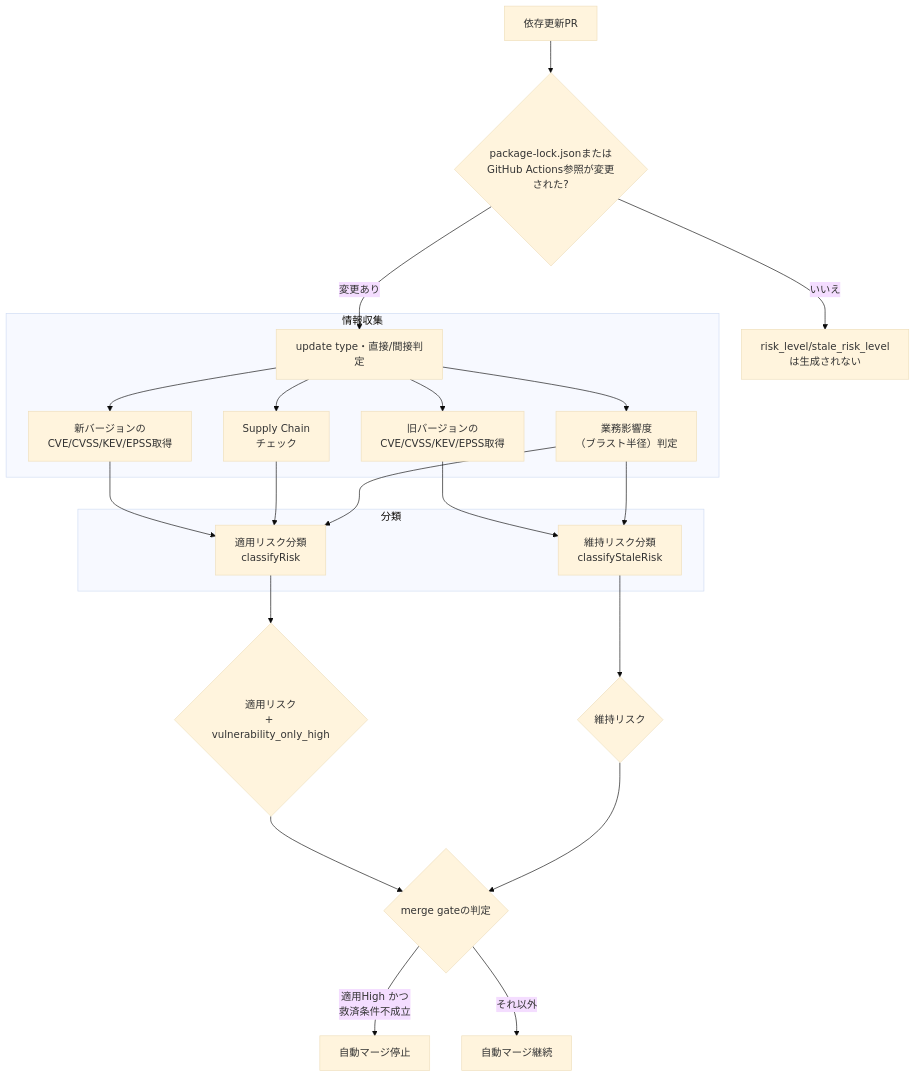
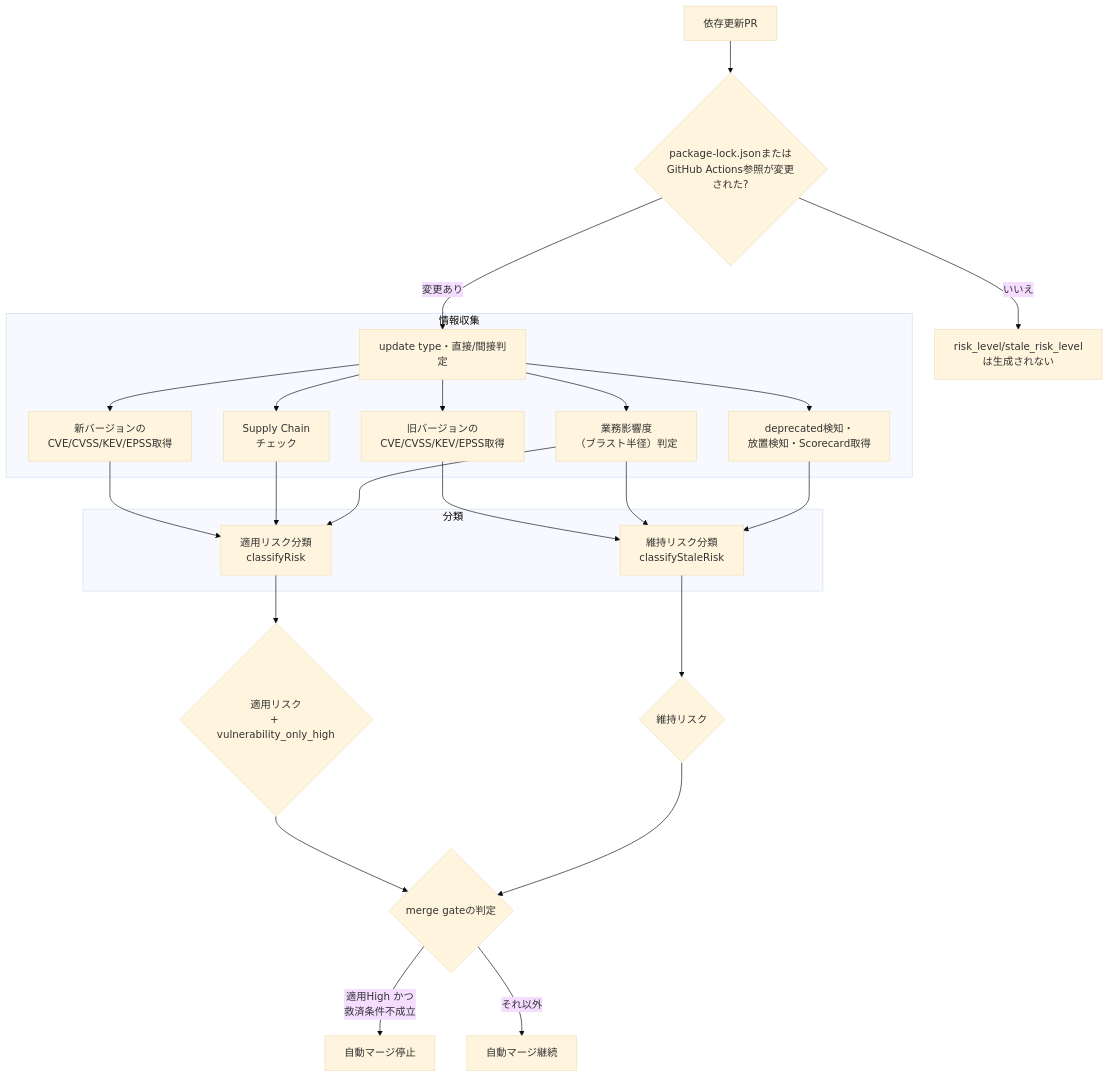
One commit to bamiyanapp/dev-standards changed the first of 4 diagrams in docs/dependency-risk-judgment.md. Above: the diagram before and after it, drawn with Mermaid (base theme).

Commit message:
docs: 概要フローチャートにdeprecated/放置/Scorecard検知を反映する
設計:
- 選定内容: dependency-risk-judgment.mdの概要フローチャート（本ドキュメントの
  目次として使われる図）へ、deprecated検知・放置検知（issue #1076）・
  Scorecard取得（issue #1077）のノードを追加する
- 理由: issue #1082。issue #1076/#1077の実装時、本文・判定マトリクスは
  更新したが、概要フローチャートへの反映が漏れていた。この図は「本ドキュメントの
  各節がどこに対応するかの目次としても使える」設計のため、新しい検知を追加した
  際は図も合わせて更新する必要がある

影響:
- 影響モジュール: docs/dependency-risk-judgment.md
- 振る舞いの変更: 無し（ドキュメント内の図のみ）

テスト:
- 追加済み: @mermaid-js/mermaid-cliでローカルレンダリングし、縦横比が
  784x1003（1:1.3程度）に収まることを確認。textlint通過

````diff
--- a/docs/dependency-risk-judgment.md
+++ b/docs/dependency-risk-judgment.md
@@ -11,25 +11,27 @@
 ```mermaid
 flowchart TD
     A[依存更新PR] --> B{package-lock.jsonまたは<br/>GitHub Actions参照が変更された?}
     B -->|いいえ| C[risk_level/stale_risk_levelは生成されない]
     B -->|変更あり| D[update type・直接/間接判定]
     subgraph 情報収集
         D --> E[新バージョンの<br/>CVE/CVSS/KEV/EPSS取得]
         D --> F[旧バージョンの<br/>CVE/CVSS/KEV/EPSS取得]
         D --> G[Supply Chain<br/>チェック]
         D --> H[業務影響度<br/>（ブラスト半径）判定]
+        D --> P[deprecated検知・<br/>放置検知・Scorecard取得]
     end
     subgraph 分類
         E --> I[適用リスク分類<br/>classifyRisk]
         G --> I
         H --> I
         F --> J[維持リスク分類<br/>classifyStaleRisk]
         H --> J
+        P --> J
     end
     I --> K{適用リスク<br/>+ vulnerability_only_high}
     J --> L{維持リスク}
     K --> M{merge gateの判定}
     L --> M
     M -->|適用High かつ<br/>救済条件不成立| N[自動マージ停止]
     M -->|それ以外| O[自動マージ継続]
 ```
````
